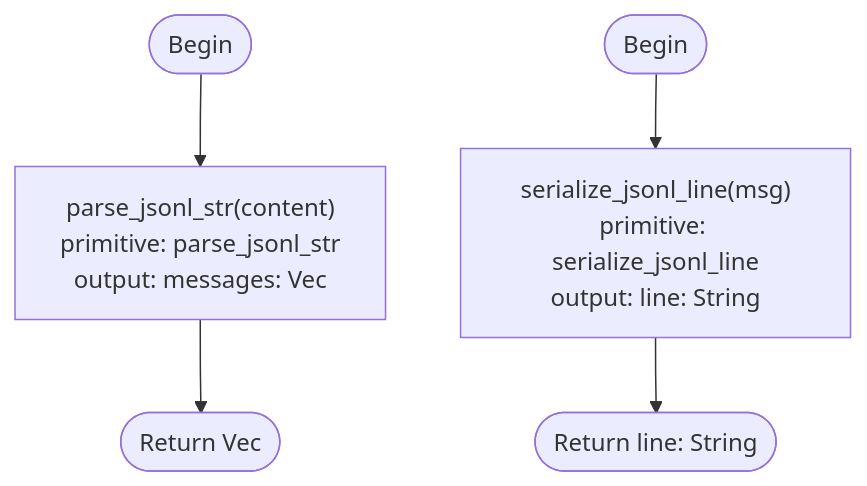
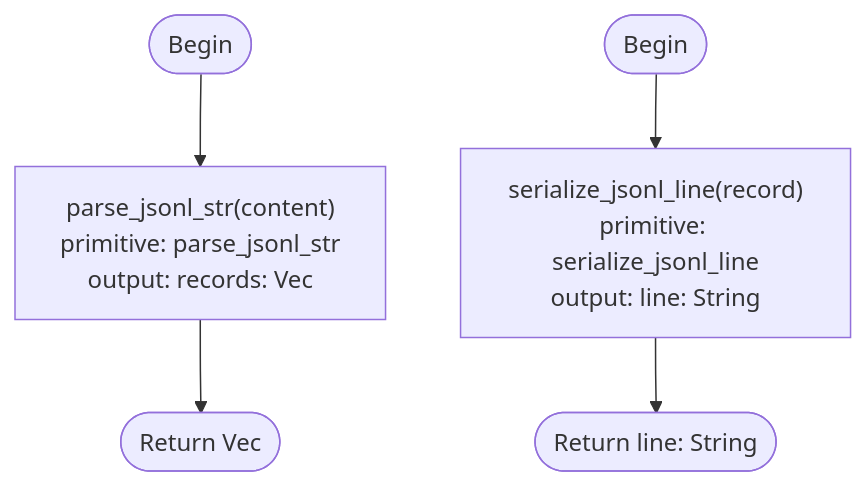
One commit to chrischeng-c4/axiom changed the diagram in apps/agentic-workflow/tech-design/core/generate/generators/jsonl-str-primitives.md. Above: the diagram before and after it, drawn with Mermaid. The commit also changed other lines of this file and 42 other files, not shown here.

````diff
--- a/apps/agentic-workflow/tech-design/core/generate/generators/jsonl-str-primitives.md
+++ b/apps/agentic-workflow/tech-design/core/generate/generators/jsonl-str-primitives.md
@@ -119,52 +114,52 @@
 ```mermaid
 ---
 id: parse-serialize-jsonl-primitives
 entry: start
 nodes:
   start:
     kind: start
     label: "Begin"
   parse_lines:
     kind: process
     label: "parse_jsonl_str(content)"
     primitive: parse_jsonl_str
     inputs:
       content: content
-    output_binding: messages
+    output_binding: records
     type_args:
-      T: ChannelMessage
+      T: EventRecord
   parse_done:
     kind: terminal
-    label: "Return Vec<ChannelMessage>"
+    label: "Return Vec<EventRecord>"
   serialize_start:
     kind: start
     label: "Begin"
   serialize_line:
     kind: process
-    label: "serialize_jsonl_line(msg)"
+    label: "serialize_jsonl_line(record)"
     primitive: serialize_jsonl_line
     inputs:
-      value: msg
+      value: record
     output_binding: line
     type_args:
-      T: ChannelMessage
+      T: EventRecord
   serialize_done:
     kind: terminal
     label: "Return line: String"
 edges:
   - from: start
     to: parse_lines
   - from: parse_lines
     to: parse_done
   - from: serialize_start
     to: serialize_line
   - from: serialize_line
     to: serialize_done
 ---
 flowchart TD
-    start([Begin]) --> parse_lines["parse_jsonl_str(content)\nprimitive: parse_jsonl_str\noutput: messages: Vec<ChannelMessage>"]
-    parse_lines --> parse_done([Return Vec<ChannelMessage>])
+    start([Begin]) --> parse_lines["parse_jsonl_str(content)\nprimitive: parse_jsonl_str\noutput: records: Vec<EventRecord>"]
+    parse_lines --> parse_done([Return Vec<EventRecord>])
 
-    serialize_start([Begin]) --> serialize_line["serialize_jsonl_line(msg)\nprimitive: serialize_jsonl_line\noutput: line: String"]
+    serialize_start([Begin]) --> serialize_line["serialize_jsonl_line(record)\nprimitive: serialize_jsonl_line\noutput: line: String"]
     serialize_line --> serialize_done([Return line: String])
 ```
````
